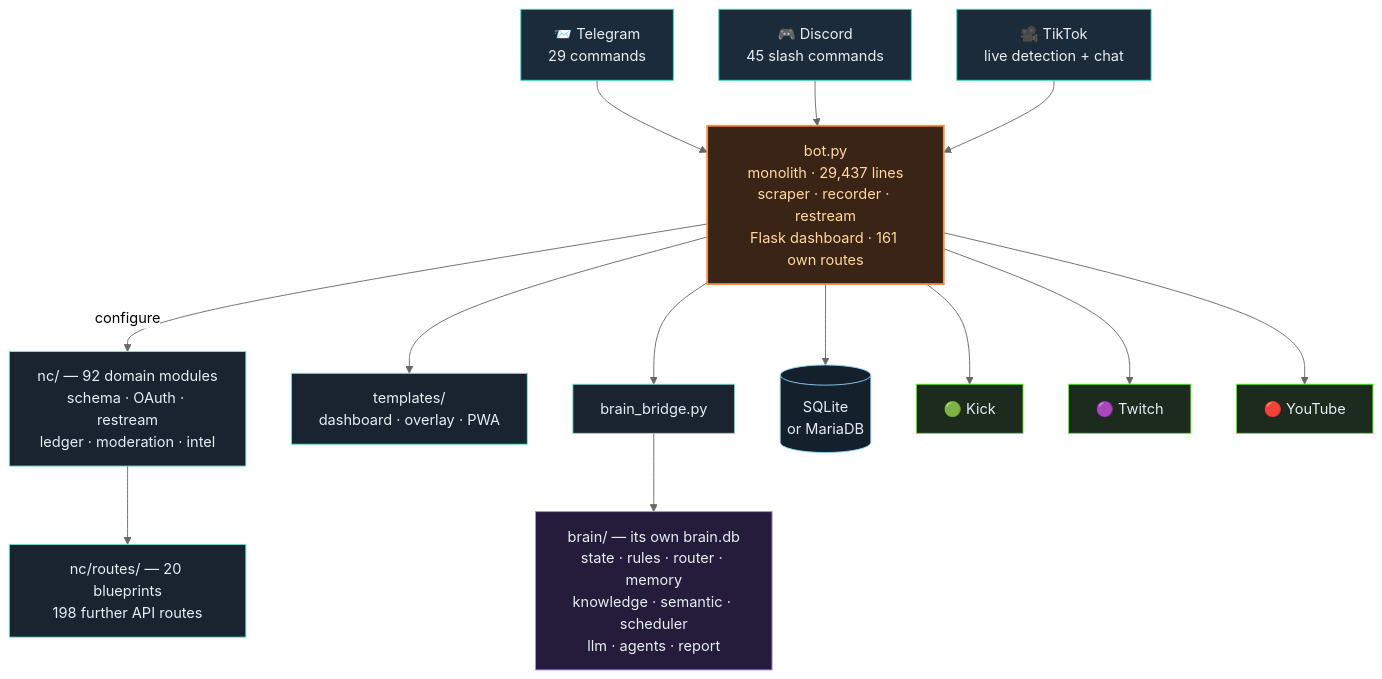
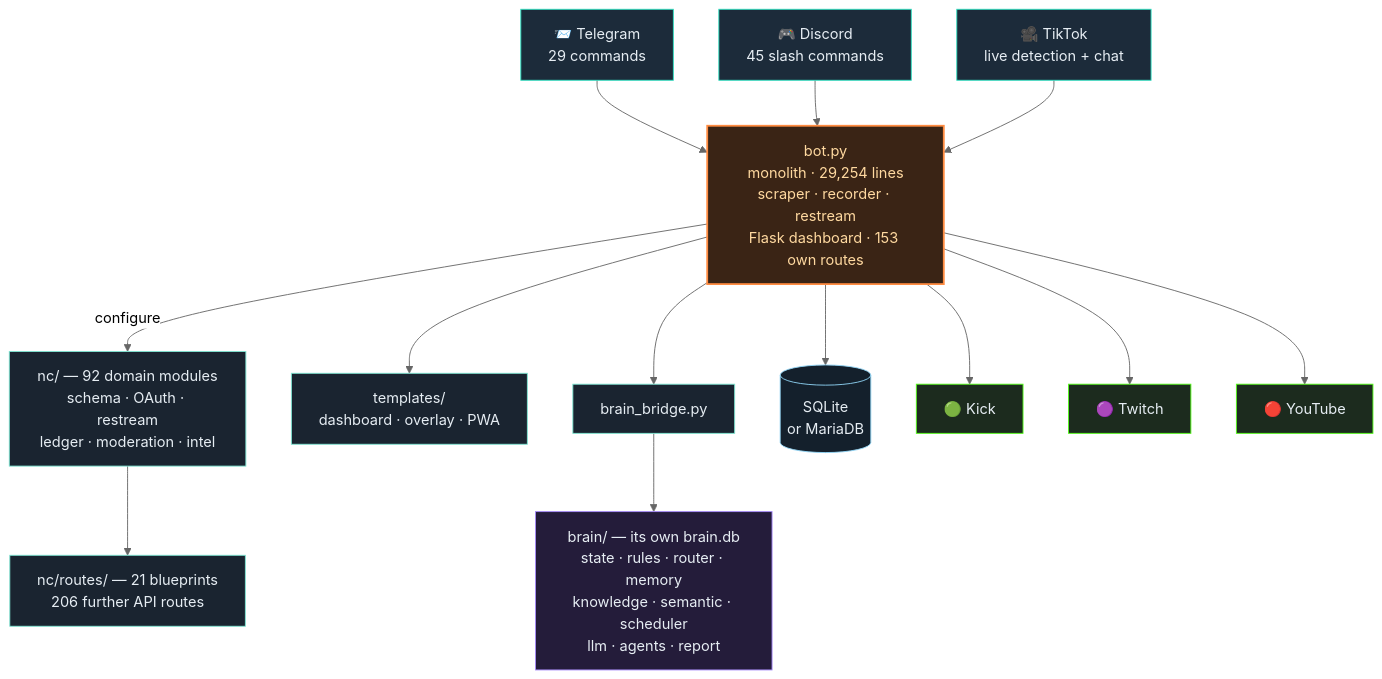
The third of 4 diagrams in README.en.md (itsamemedev/Telegram-Stream-Info-Bot), drawn with Mermaid (neutral theme) before and after one commit. The commit also changed other lines of this file and 15 other files, not shown here.

````diff
--- a/README.en.md
+++ b/README.en.md
@@ -190,30 +190,30 @@
 ```mermaid
 flowchart TB
     TG["📨 Telegram<br/>29 commands"]:::ein
     DC["🎮 Discord<br/>45 slash commands"]:::ein
     TT["🎥 TikTok<br/>live detection + chat"]:::ein
 
     TG --> BOT
     DC --> BOT
     TT --> BOT
 
-    BOT["bot.py<br/>monolith · 29,437 lines<br/>scraper · recorder · restream<br/>Flask dashboard · 161 own routes"]:::core
+    BOT["bot.py<br/>monolith · 29,254 lines<br/>scraper · recorder · restream<br/>Flask dashboard · 153 own routes"]:::core
 
     BOT -->|configure| NC["nc/ — 92 domain modules<br/>schema · OAuth · restream<br/>ledger · moderation · intel"]:::lib
-    NC --> RT["nc/routes/ — 20 blueprints<br/>198 further API routes"]:::lib
+    NC --> RT["nc/routes/ — 21 blueprints<br/>206 further API routes"]:::lib
     BOT --> TPL["templates/<br/>dashboard · overlay · PWA"]:::lib
     BOT --> BR["brain_bridge.py"]:::lib
     BR --> BRAIN["brain/ — its own brain.db<br/>state · rules · router · memory<br/>knowledge · semantic · scheduler<br/>llm · agents · report"]:::brain
     BOT --> DB[("SQLite<br/>or MariaDB")]:::db
 
     BOT --> KICK["🟢 Kick"]:::out
     BOT --> TW["🟣 Twitch"]:::out
     BOT --> YT["🔴 YouTube"]:::out
 
     classDef ein fill:#1c2b3a,stroke:#2de1c2,color:#e6edf3
     classDef core fill:#3a2415,stroke:#ff8c42,stroke-width:2px,color:#ffd9a0
     classDef lib fill:#1a2430,stroke:#7fe7d4,color:#e6edf3
     classDef brain fill:#241c3a,stroke:#a78bfa,color:#e6edf3
     classDef db fill:#14202c,stroke:#8fd3f4,color:#e6edf3
     classDef out fill:#1c2b1e,stroke:#53fc18,color:#e6edf3
 ```
````
